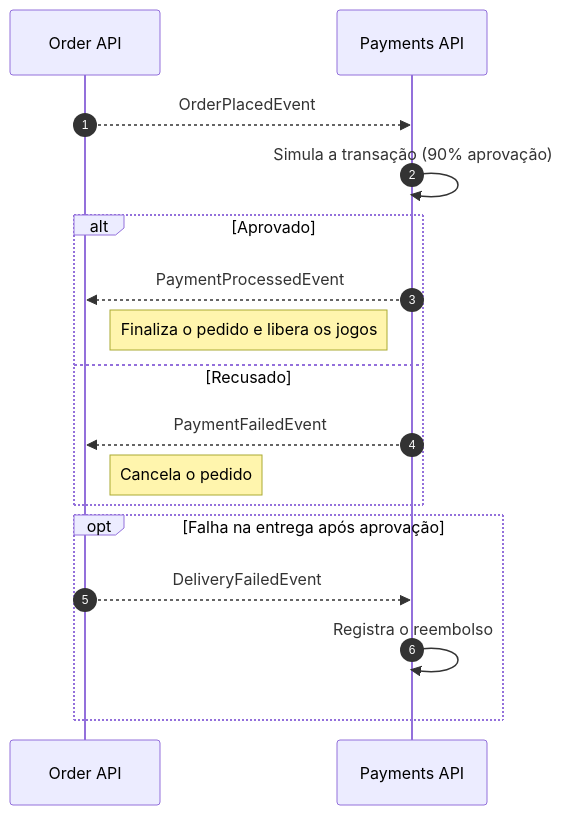
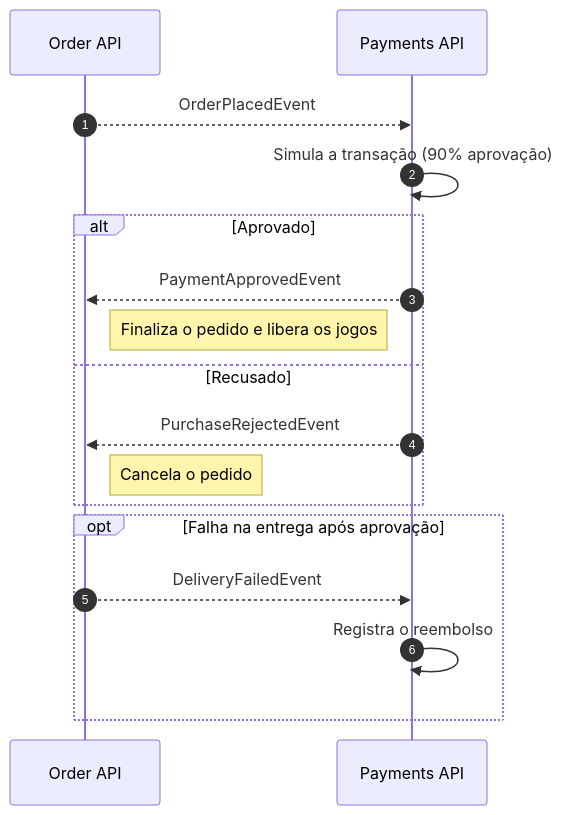
One commit to alexoliveiraferreiradev/fcg-payments-api changed the diagram in README.md. Above: the diagram before and after it, drawn with Mermaid. The commit also changed other lines of this file, not shown here.

````diff
--- a/README.md
+++ b/README.md
@@ -13,22 +26,22 @@
 ```mermaid
 sequenceDiagram
     autonumber
     participant O as Order API
     participant P as Payments API
 
     O-->>P: OrderPlacedEvent
     P->>P: Simula a transação (90% aprovação)
 
     alt Aprovado
-        P-->>O: PaymentProcessedEvent
+        P-->>O: PaymentApprovedEvent
         Note right of O: Finaliza o pedido e libera os jogos
     else Recusado
-        P-->>O: PaymentFailedEvent
+        P-->>O: PurchaseRejectedEvent
         Note right of O: Cancela o pedido
     end
 
     opt Falha na entrega após aprovação
         O-->>P: DeliveryFailedEvent
         P->>P: Registra o reembolso
     end
 ```
````
